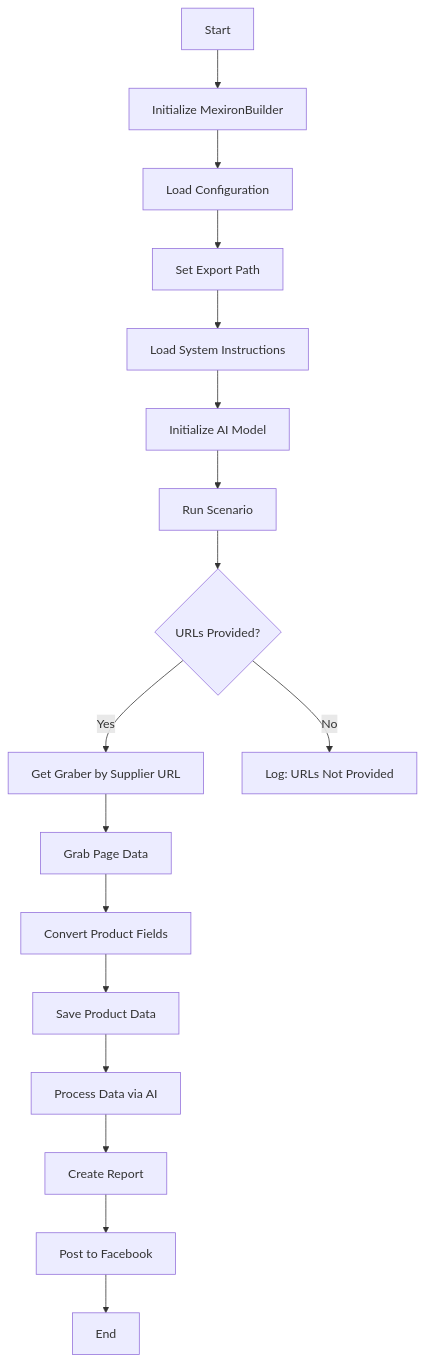
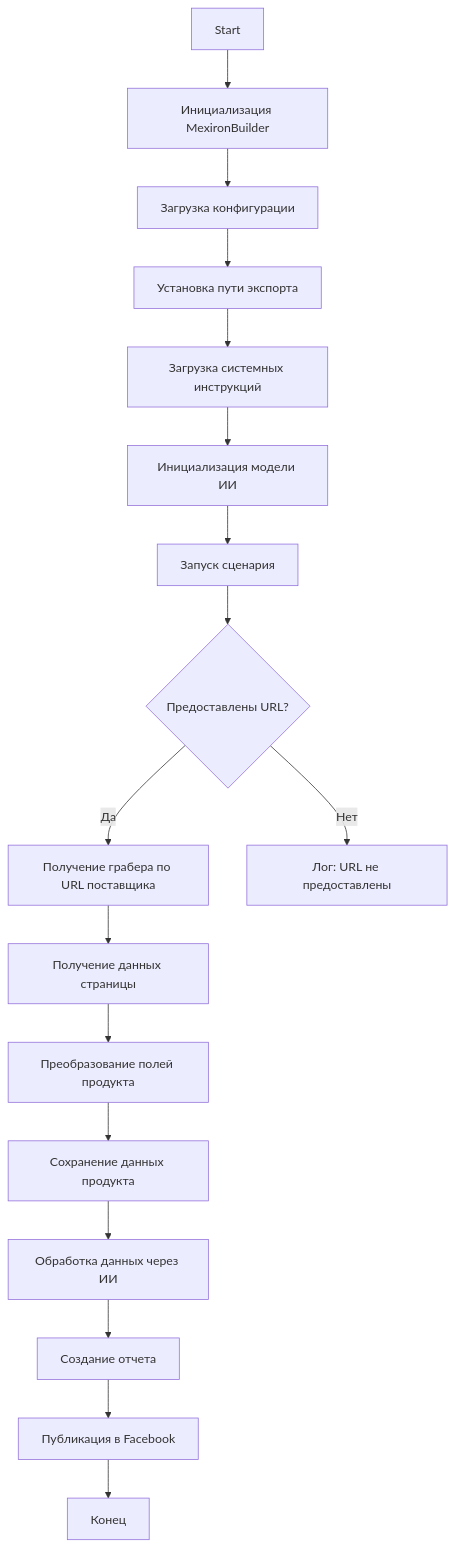
One commit to hypo69/hypo changed the diagram in docs/gemini/ru/doc/src/endpoints/kazarinov/scenarios/scenario.md. Above: the diagram before and after it, drawn with Mermaid. The commit also changed other lines of this file and 5245 other files, not shown here.

````diff
--- a/docs/gemini/ru/doc/src/endpoints/kazarinov/scenarios/scenario.md
+++ b/docs/gemini/ru/doc/src/endpoints/kazarinov/scenarios/scenario.md
@@ -21,19 +17,19 @@
 ```mermaid
 graph TD
-    Start[Start] --> InitMexironBuilder[Initialize MexironBuilder]
-    InitMexironBuilder --> LoadConfig[Load Configuration]
-    LoadConfig --> SetExportPath[Set Export Path]
-    SetExportPath --> LoadSystemInstruction[Load System Instructions]
-    LoadSystemInstruction --> InitModel[Initialize AI Model]
-    InitModel --> RunScenario[Run Scenario]
-    RunScenario --> CheckURLs{URLs Provided?}
-    CheckURLs -->|Yes| GetGraber[Get Graber by Supplier URL]
-    CheckURLs -->|No| LogNoURLs[Log: URLs Not Provided]
-    GetGraber --> GrabPage[Grab Page Data]
-    GrabPage --> ConvertFields[Convert Product Fields]
-    ConvertFields --> SaveData[Save Product Data]
-    SaveData --> ProcessAI[Process Data via AI]
-    ProcessAI --> CreateReport[Create Report]
-    CreateReport --> PostFacebook[Post to Facebook]
-    PostFacebook --> End[End]
+    Start[Start] --> InitMexironBuilder[Инициализация MexironBuilder]
+    InitMexironBuilder --> LoadConfig[Загрузка конфигурации]
+    LoadConfig --> SetExportPath[Установка пути экспорта]
+    SetExportPath --> LoadSystemInstruction[Загрузка системных инструкций]
+    LoadSystemInstruction --> InitModel[Инициализация модели ИИ]
+    InitModel --> RunScenario[Запуск сценария]
+    RunScenario --> CheckURLs{Предоставлены URL?}
+    CheckURLs -->|Да| GetGraber[Получение грабера по URL поставщика]
+    CheckURLs -->|Нет| LogNoURLs[Лог: URL не предоставлены]
+    GetGraber --> GrabPage[Получение данных страницы]
+    GrabPage --> ConvertFields[Преобразование полей продукта]
+    ConvertFields --> SaveData[Сохранение данных продукта]
+    SaveData --> ProcessAI[Обработка данных через ИИ]
+    ProcessAI --> CreateReport[Создание отчета]
+    CreateReport --> PostFacebook[Публикация в Facebook]
+    PostFacebook --> End[Конец]
 ```
````
